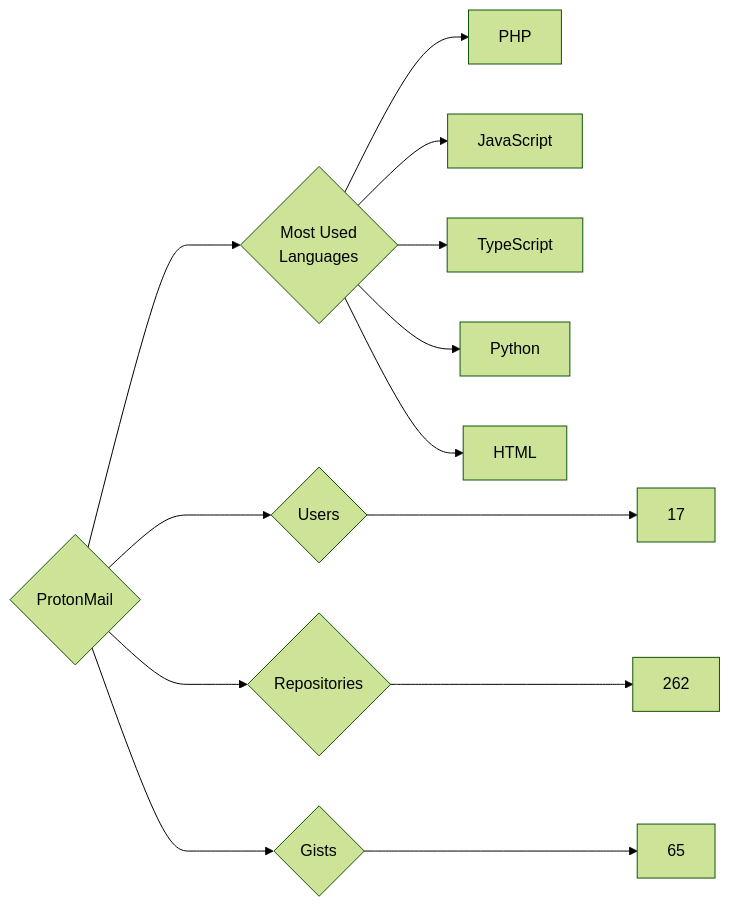
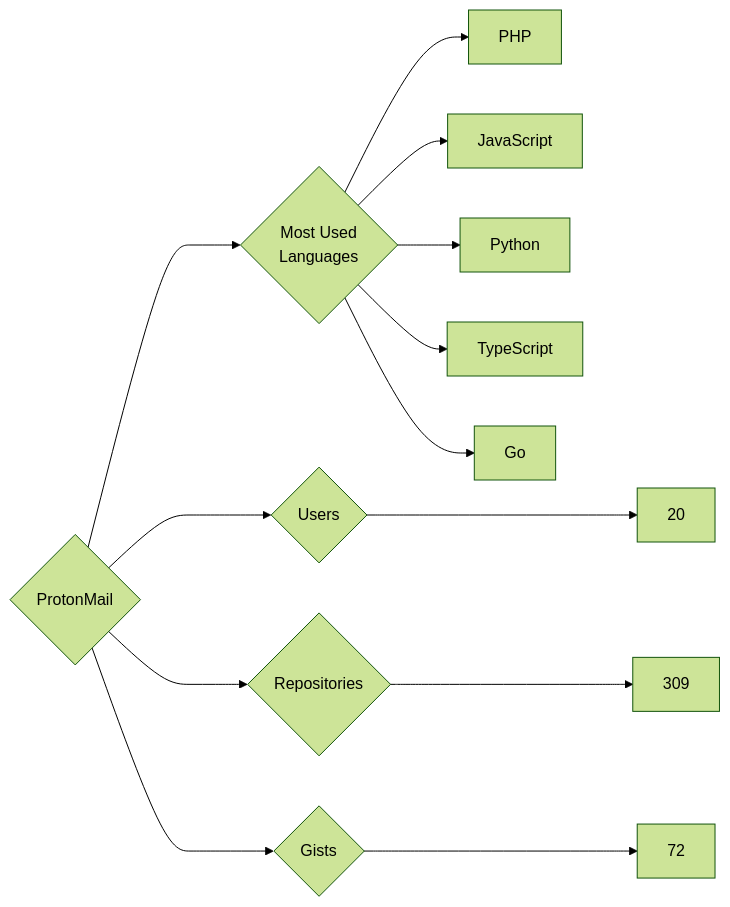
Before and after one commit to trickest/insiders: the diagram in targets/ProtonMail/README.md, drawn with Mermaid (forest theme). The commit also changed 970 other files, not shown here.

````diff
--- a/targets/ProtonMail/README.md
+++ b/targets/ProtonMail/README.md
@@ -3,13 +3,13 @@
 ```mermaid
 graph LR
 COMPANY_NAME{ProtonMail}
-COMPANY_NAME ---> U{Users} ---> UN[17]
-COMPANY_NAME ---> R{Repositories} ---> RN[262]
-COMPANY_NAME ---> G{Gists} ---> GN[65]
+COMPANY_NAME ---> U{Users} ---> UN[20]
+COMPANY_NAME ---> R{Repositories} ---> RN[309]
+COMPANY_NAME ---> G{Gists} ---> GN[72]
 COMPANY_NAME ---> ML{Most Used<br>Languages}
 ML --> PHP[PHP]
 ML --> JavaScript[JavaScript]
+ML --> Python[Python]
 ML --> TypeScript[TypeScript]
-ML --> Python[Python]
-ML --> HTML[HTML]
+ML --> Go[Go]
 ```
````
